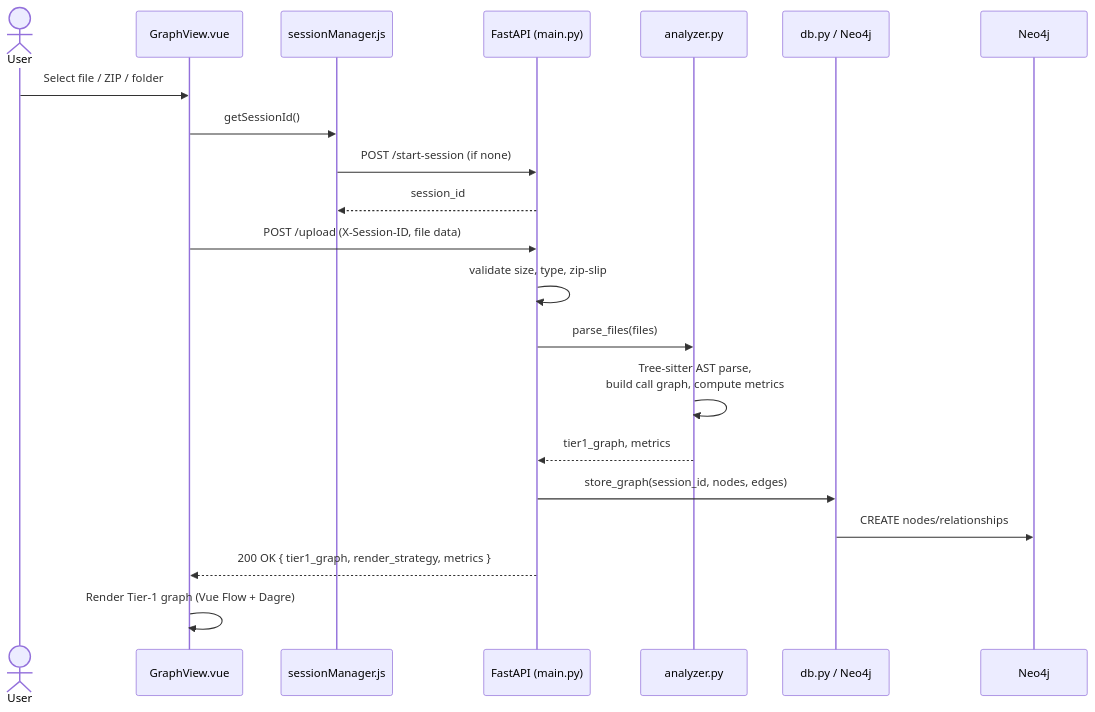
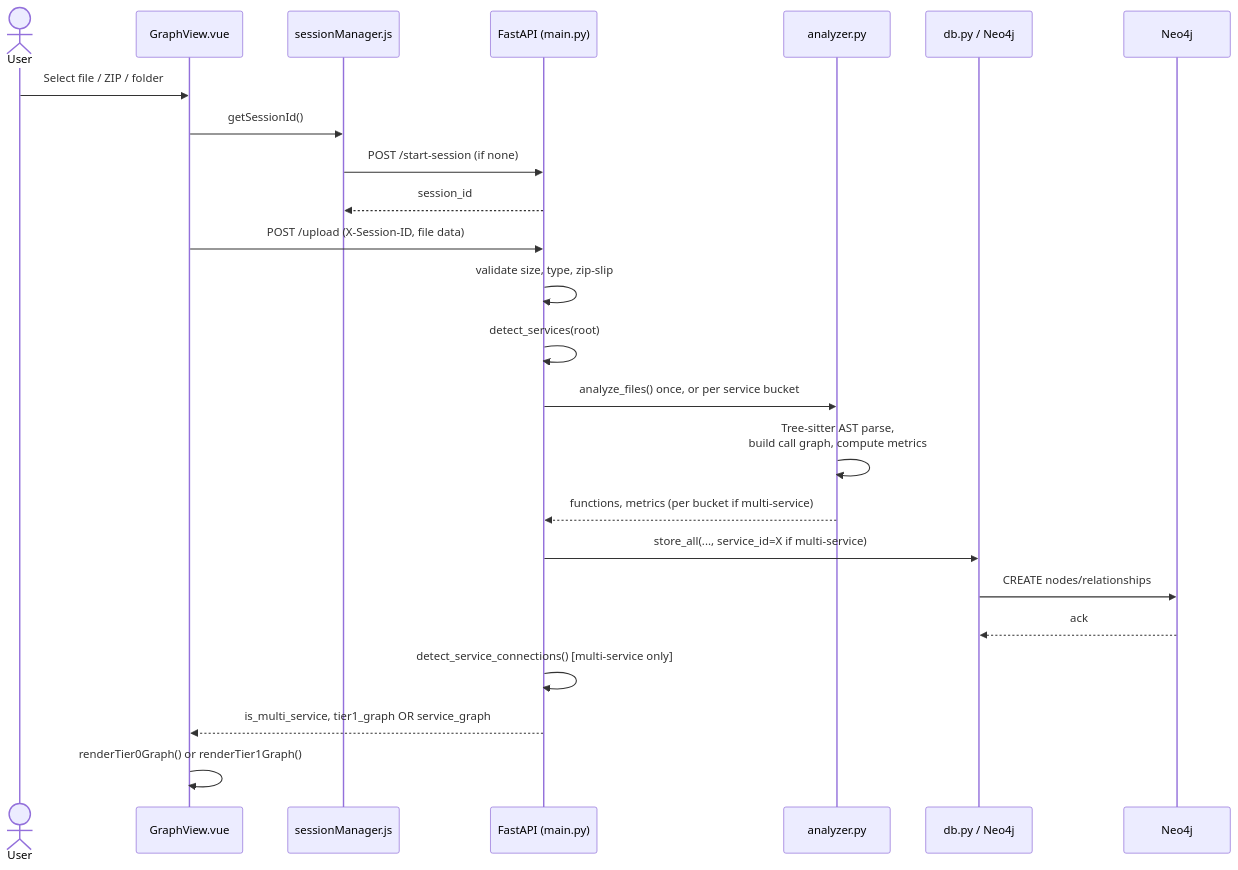
Before and after one commit to farjanasarker/Code_Base_Visualisation: the seventh of 12 diagrams in SRS.md, drawn with Mermaid. The commit also changed other lines of this file and 47 other files, not shown here.

````diff
--- a/SRS.md
+++ b/SRS.md
@@ -489,23 +597,26 @@
 ```mermaid
 sequenceDiagram
     actor U as User
     participant FE as GraphView.vue
     participant SM as sessionManager.js
     participant API as FastAPI (main.py)
     participant AN as analyzer.py
     participant DB as db.py / Neo4j
 
     U->>FE: Select file / ZIP / folder
     FE->>SM: getSessionId()
     SM->>API: POST /start-session (if none)
     API-->>SM: session_id
     FE->>API: POST /upload (X-Session-ID, file data)
     API->>API: validate size, type, zip-slip
-    API->>AN: parse_files(files)
+    API->>API: detect_services(root)
+    API->>AN: analyze_files() once, or per service bucket
     AN->>AN: Tree-sitter AST parse,<br/>build call graph, compute metrics
-    AN-->>API: tier1_graph, metrics
-    API->>DB: store_graph(session_id, nodes, edges)
+    AN-->>API: functions, metrics (per bucket if multi-service)
+    API->>DB: store_all(..., service_id=X if multi-service)
     DB->>Neo4j: CREATE nodes/relationships
-    API-->>FE: 200 OK { tier1_graph, render_strategy, metrics }
-    FE->>FE: Render Tier-1 graph (Vue Flow + Dagre)
+    Neo4j-->>DB: ack
+    API->>API: detect_service_connections() [multi-service only]
+    API-->>FE: is_multi_service, tier1_graph OR service_graph
+    FE->>FE: renderTier0Graph() or renderTier1Graph()
 ```
````
